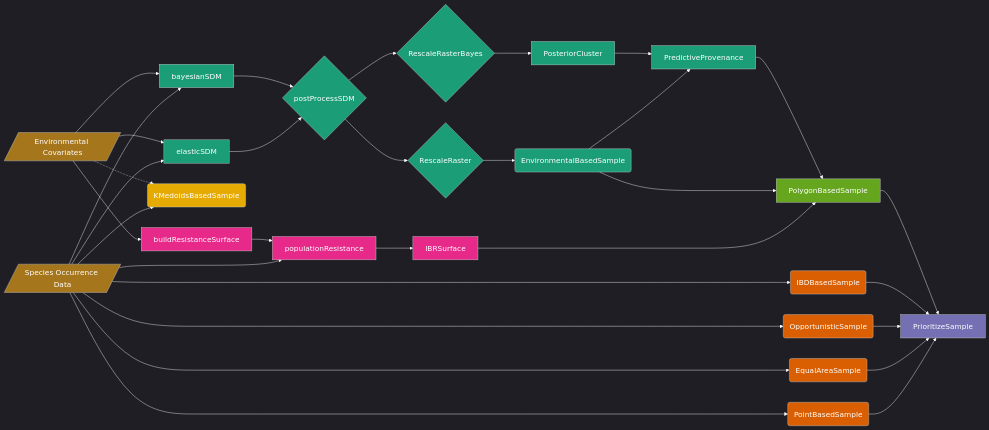
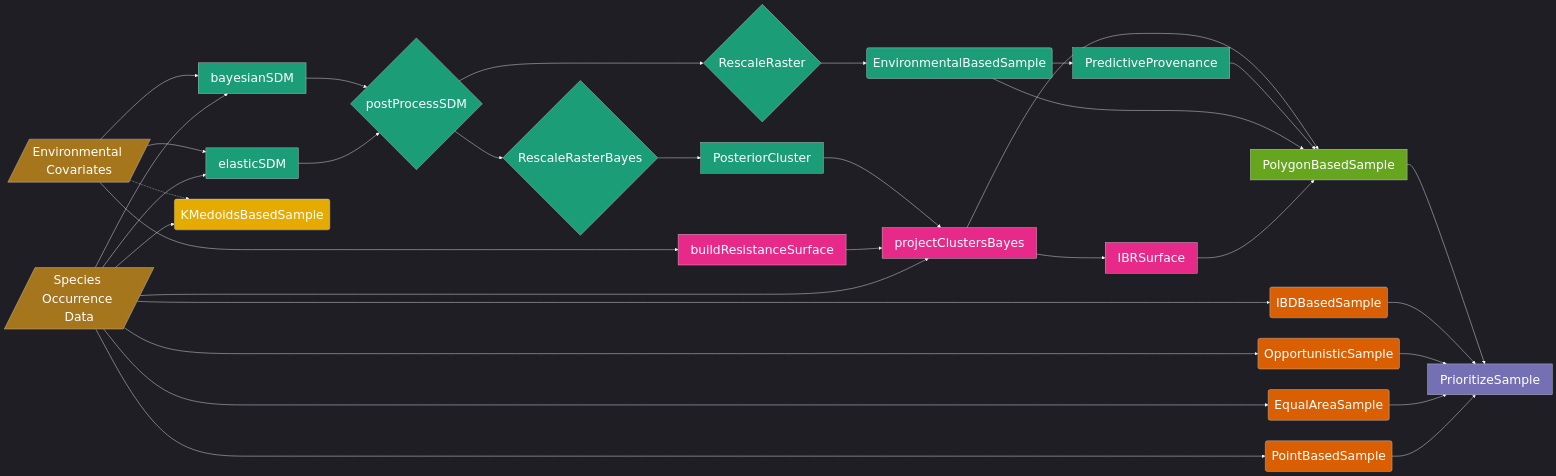
One commit to sagesteppe/safeHavens changed the diagram in README.md. Above: the diagram before and after it, drawn with Mermaid. The commit also changed other lines of this file and 2 other files, not shown here.

````diff
--- a/README.md
+++ b/README.md
@@ -81,56 +72,57 @@
 ``` mermaid
 %%{init: {'theme':'dark', 'themeVariables': { 
     'primaryTextColor':'#ffffff', 
     'lineColor':'#ffffff',
     'lineWidth':'24px',
-    'fontSize':'18px', 
+    'fontSize':'30px', 
     'fontFamily':'Arial'}}}%%
 flowchart LR
 A[/Species Occurrence Data/]
 B[/Environmental Covariates/]
 
 A --> D(PointBasedSample)
 A --> E(EqualAreaSample)
 A --> F(OpportunisticSample)
 A --> G(IBDBasedSample)
 A --> J[elasticSDM]
 A --> K[bayesianSDM]
 A --> L(KMedoidsBasedSample)
 B -.-> L
 B --> J
 B --> K
 D --> N[PrioritizeSample]
 E --> N
 F --> N
 G --> N
 A --> U[populationResistance]
 B --> H[buildResistanceSurface]
 H --> U
 U --> V[IBRSurface]
 V --> M[PolygonBasedSample]
 M --> N
 J --> O{postProcessSDM}
 K --> O
 O --> P{RescaleRaster}
 O --> S{RescaleRasterBayes}
 P --> Q(EnvironmentalBasedSample)
 Q --> R[PredictiveProvenance]
 Q --> M
 R --> M
 S --> T[PosteriorCluster]
-T --> R
+T --> U[projectClustersBayes]
+U --> M
 classDef geoColor fill:#d95f02,color:#FFFFFF
 classDef polyColor fill:#66a61e,color:#FFFFFF
 classDef envColor fill:#1b9e77,color:#FFFFFF
 classDef dataColor fill:#a6761d,color:#FFFFFF
 classDef decisionColor fill:#7570b3,color:#FFFFFF
 classDef rareColor fill:#e6ab02,color:#FFFFFF
 classDef ibrColor fill:#e7298a,color:#FFFFFF
 class D,E,F,G geoColor
 class H,M polyColor
-class J,K,O,P,S,T,U,Q,R envColor
+class J,K,O,P,S,T,U,Q,R,U envColor
 class A,B dataColor
 class N decisionColor
 class L rareColor
 class H,U,V ibrColor
 ```
````
